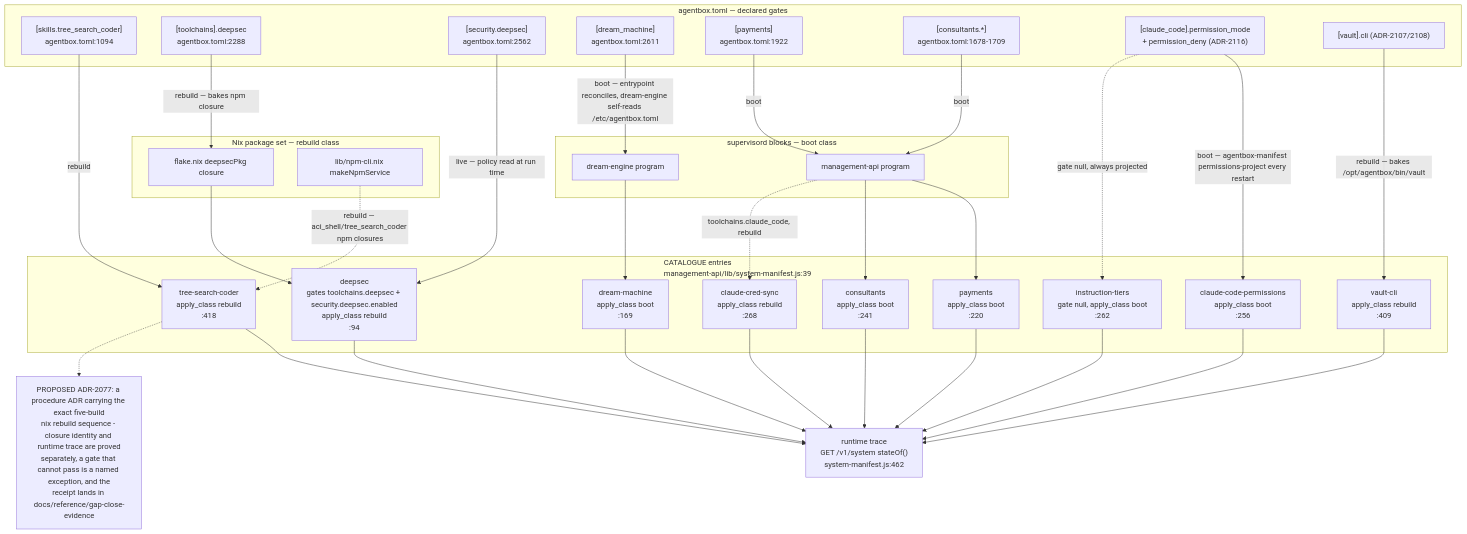
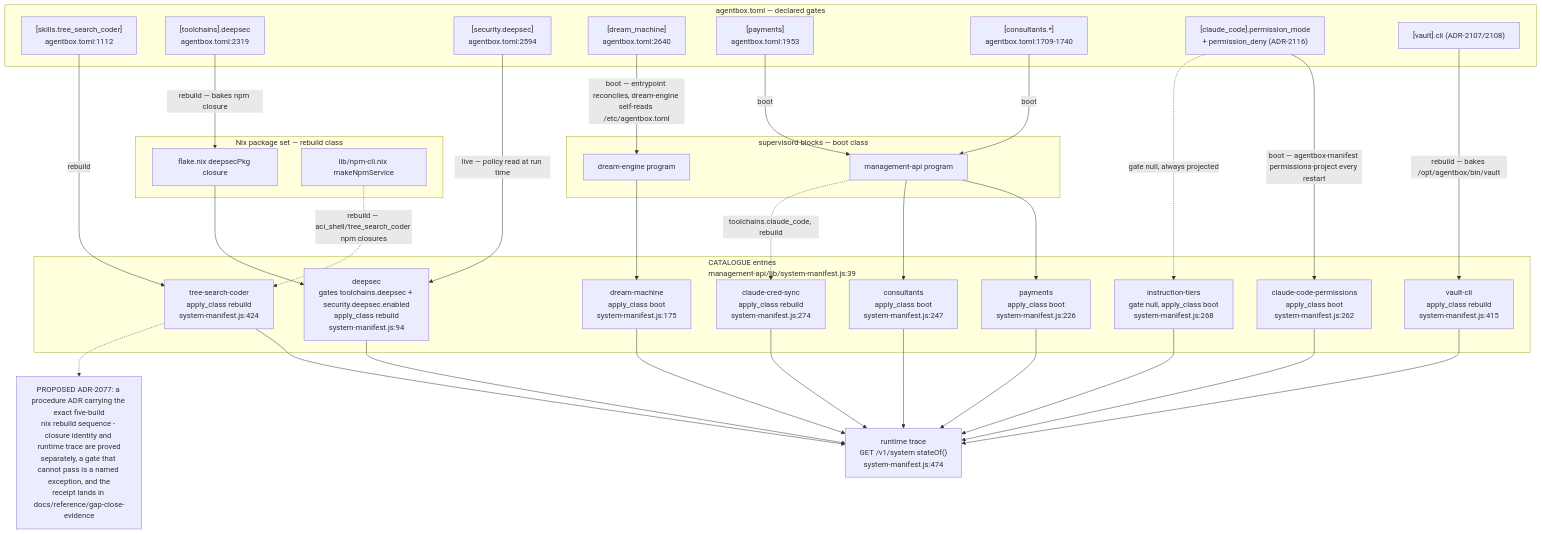
One commit to DreamLab-AI/VisionFlow changed the first of 15 diagrams in docs/diagrams/agentbox/15-capability-gating-spend-consultants.md. Above: the diagram before and after it, drawn with Mermaid. The commit also changed other lines of this file and 6 other files, not shown here.

````diff
--- a/docs/diagrams/agentbox/15-capability-gating-spend-consultants.md
+++ b/docs/diagrams/agentbox/15-capability-gating-spend-consultants.md
@@ -58,61 +59,61 @@
 ```mermaid
 flowchart TD
     subgraph M["agentbox.toml — declared gates"]
-        M1["[skills.tree_search_coder]<br/>agentbox.toml:1094"]
-        M2["[toolchains].deepsec<br/>agentbox.toml:2288"]
-        M3["[security.deepsec]<br/>agentbox.toml:2562"]
-        M4["[dream_machine]<br/>agentbox.toml:2611"]
-        M5["[payments]<br/>agentbox.toml:1922"]
-        M6["[consultants.*]<br/>agentbox.toml:1678-1709"]
+        M1["[skills.tree_search_coder]<br/>agentbox.toml:1112"]
+        M2["[toolchains].deepsec<br/>agentbox.toml:2319"]
+        M3["[security.deepsec]<br/>agentbox.toml:2594"]
+        M4["[dream_machine]<br/>agentbox.toml:2640"]
+        M5["[payments]<br/>agentbox.toml:1953"]
+        M6["[consultants.*]<br/>agentbox.toml:1709-1740"]
         M7["[claude_code].permission_mode<br/>+ permission_deny (ADR-2116)"]
         M8["[vault].cli (ADR-2107/2108)"]
     end
     subgraph N["Nix package set — rebuild class"]
         N1["flake.nix deepsecPkg closure"]
         N2["lib/npm-cli.nix makeNpmService"]
     end
     subgraph S["supervisord blocks — boot class"]
         S1["dream-engine program"]
         S2["management-api program"]
     end
     subgraph C["CATALOGUE entries<br/>management-api/lib/system-manifest.js:39"]
-        C1["tree-search-coder<br/>apply_class rebuild<br/>:418"]
-        C2["deepsec<br/>gates toolchains.deepsec + security.deepsec.enabled<br/>apply_class rebuild<br/>:94"]
-        C3["dream-machine<br/>apply_class boot<br/>:169"]
-        C4["payments<br/>apply_class boot<br/>:220"]
-        C5["consultants<br/>apply_class boot<br/>:241"]
-        C6["claude-code-permissions<br/>apply_class boot<br/>:256"]
-        C7["instruction-tiers<br/>gate null, apply_class boot<br/>:262"]
-        C8["claude-cred-sync<br/>apply_class rebuild<br/>:268"]
-        C9["vault-cli<br/>apply_class rebuild<br/>:409"]
+        C1["tree-search-coder<br/>apply_class rebuild<br/>system-manifest.js:424"]
+        C2["deepsec<br/>gates toolchains.deepsec + security.deepsec.enabled<br/>apply_class rebuild<br/>system-manifest.js:94"]
+        C3["dream-machine<br/>apply_class boot<br/>system-manifest.js:175"]
+        C4["payments<br/>apply_class boot<br/>system-manifest.js:226"]
+        C5["consultants<br/>apply_class boot<br/>system-manifest.js:247"]
+        C6["claude-code-permissions<br/>apply_class boot<br/>system-manifest.js:262"]
+        C7["instruction-tiers<br/>gate null, apply_class boot<br/>system-manifest.js:268"]
+        C8["claude-cred-sync<br/>apply_class rebuild<br/>system-manifest.js:274"]
+        C9["vault-cli<br/>apply_class rebuild<br/>system-manifest.js:415"]
     end
-    R["runtime trace<br/>GET /v1/system stateOf()<br/>system-manifest.js:462"]
+    R["runtime trace<br/>GET /v1/system stateOf()<br/>system-manifest.js:474"]
 
     M1 -->|"rebuild"| C1
     M2 -->|"rebuild — bakes npm closure"| N1
     N1 --> C2
     M3 -->|"live — policy read at run time"| C2
     M4 -->|"boot — entrypoint reconciles, dream-engine self-reads /etc/agentbox.toml"| S1
     S1 --> C3
     M5 -->|"boot"| S2
     S2 --> C4
     M6 -->|"boot"| S2
     S2 --> C5
     M7 -->|"boot — agentbox-manifest permissions-project every restart"| C6
     M7 -.->|"gate null, always projected"| C7
     M8 -->|"rebuild — bakes /opt/agentbox/bin/vault"| C9
     S2 -.->|"toolchains.claude_code, rebuild"| C8
     C1 --> R
     C2 --> R
     C3 --> R
     C4 --> R
     C5 --> R
     C6 --> R
     C7 --> R
     C8 --> R
     C9 --> R
     N2 -.->|"rebuild — aci_shell/tree_search_coder npm closures"| C1
 
     note1["PROPOSED ADR-2077: a procedure ADR carrying the exact five-build<br/>nix rebuild sequence - closure identity and runtime trace are proved<br/>separately, a gate that cannot pass is a named exception, and the<br/>receipt lands in docs/reference/gap-close-evidence"]
     C1 -.-> note1
 ```
````
